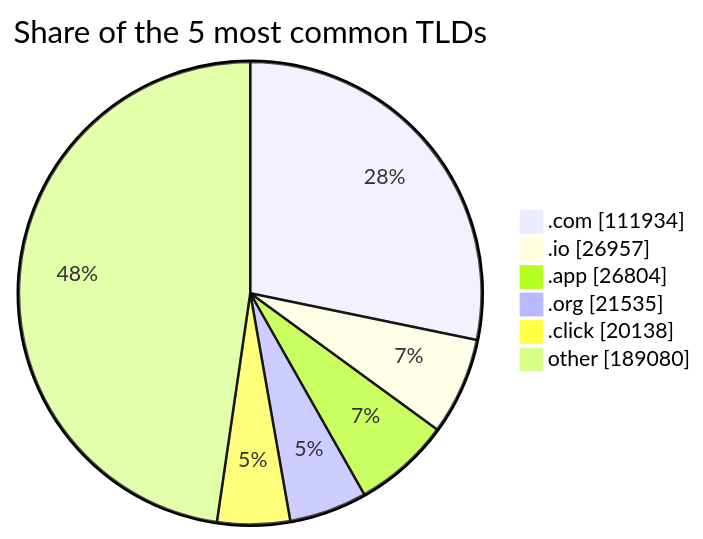
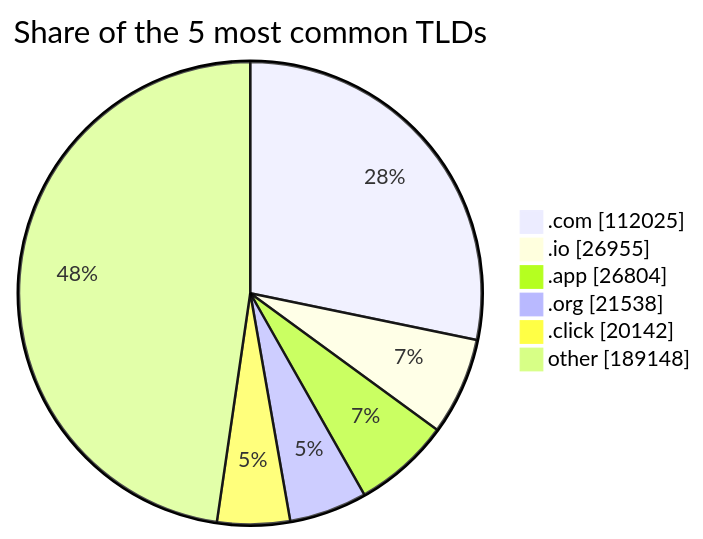
One commit to DNSBunker/CTI changed the third of 3 diagrams in README.md. Above: the diagram before and after it, drawn with Mermaid. The commit also changed other lines of this file and 3 other files, not shown here.

````diff
--- a/README.md
+++ b/README.md
@@ -81,9 +81,9 @@
 ```mermaid
 pie showData title Share of the 5 most common TLDs
-    ".com" : 111934
-    ".io" : 26957
+    ".com" : 112025
+    ".io" : 26955
     ".app" : 26804
-    ".org" : 21535
-    ".click" : 20138
-    "other" : 189080
+    ".org" : 21538
+    ".click" : 20142
+    "other" : 189148
 ```
````
